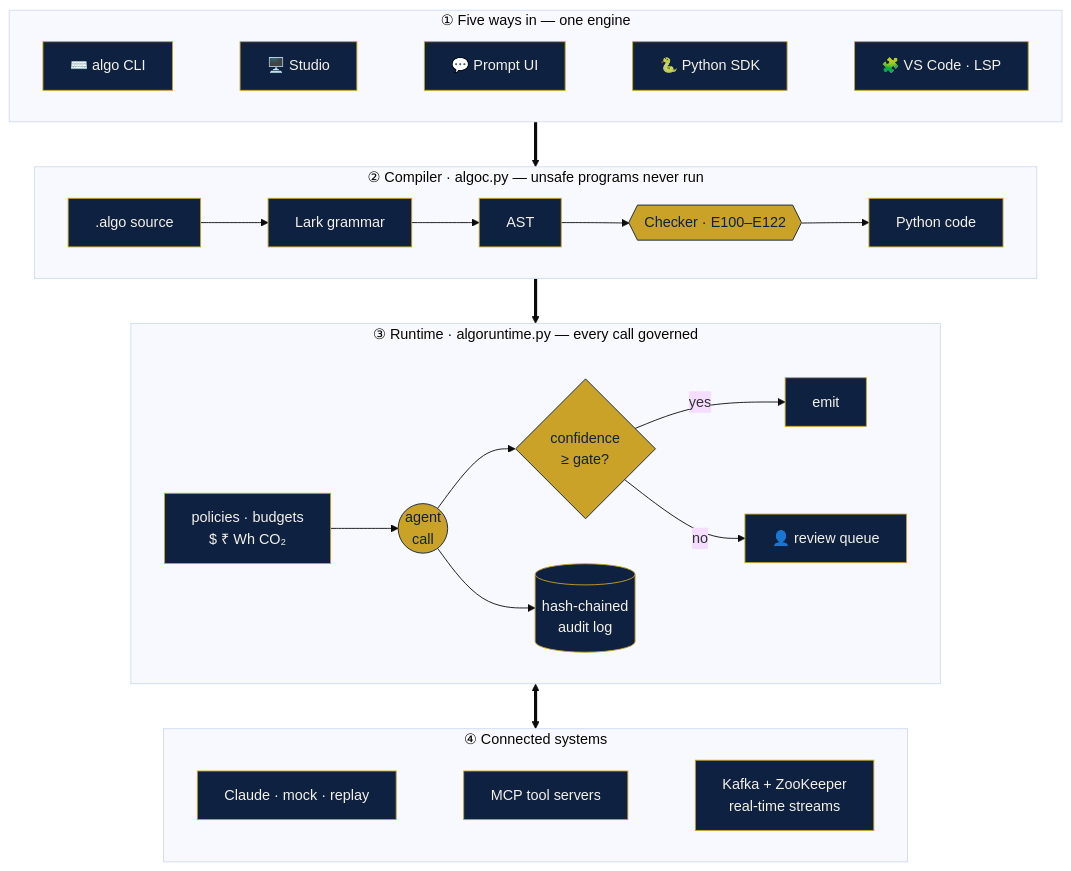
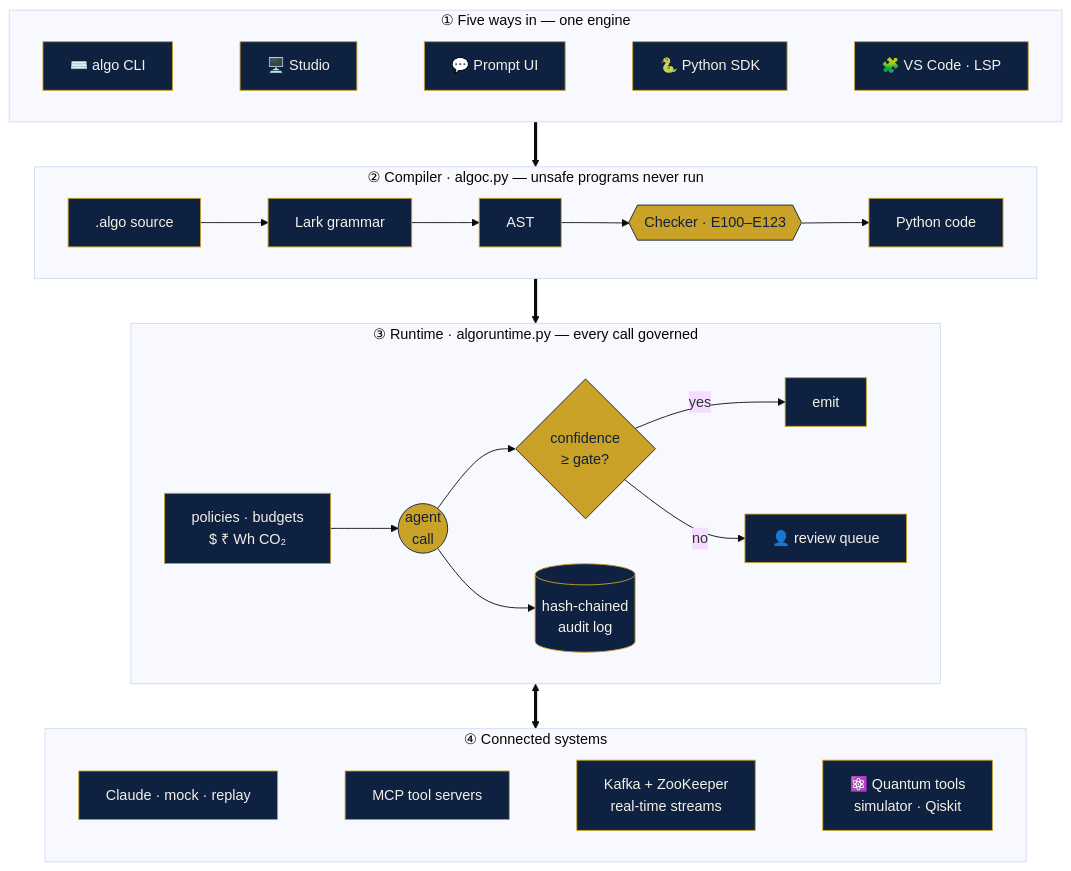
The first of 3 diagrams in README.md (drssnaiml1-cell/algolang), drawn with Mermaid (base theme) before and after one commit. The commit also changed other lines of this file and 37 other files, not shown here.

First line of the commit message:
AlgoLang v0.3.2: quantum tools preview and the Quantum Optimization Lab

````diff
--- a/README.md
+++ b/README.md
@@ -30,28 +30,28 @@
 ```mermaid
 flowchart TB
     subgraph DOORS["① Five ways in — one engine"]
         direction LR
         CLI["⌨️ algo CLI"] ~~~ STU["🖥️ Studio"] ~~~ PUI["💬 Prompt UI"] ~~~ SDK["🐍 Python SDK"] ~~~ LSP["🧩 VS Code · LSP"]
     end
     subgraph COMPILER["② Compiler · algoc.py — unsafe programs never run"]
         direction LR
-        SRC[".algo source"] --> PARSE["Lark grammar"] --> AST["AST"] --> CHK{{"Checker · E100–E122"}} --> GEN["Python code"]
+        SRC[".algo source"] --> PARSE["Lark grammar"] --> AST["AST"] --> CHK{{"Checker · E100–E123"}} --> GEN["Python code"]
     end
     subgraph RUNTIME["③ Runtime · algoruntime.py — every call governed"]
         direction LR
         POL["policies · budgets<br/>$ ₹ Wh CO₂"] --> CALL(("agent<br/>call")) --> GATE{"confidence<br/>≥ gate?"}
         GATE -- yes --> OUT["emit"]
         GATE -- no --> HUM["👤 review queue"]
         CALL --> AUD[("hash-chained<br/>audit log")]
     end
     subgraph WORLD["④ Connected systems"]
         direction LR
-        LLM["Claude · mock · replay"] ~~~ MCP["MCP tool servers"] ~~~ KAF["Kafka + ZooKeeper<br/>real-time streams"]
+        LLM["Claude · mock · replay"] ~~~ MCP["MCP tool servers"] ~~~ KAF["Kafka + ZooKeeper<br/>real-time streams"] ~~~ QPU["⚛️ Quantum tools<br/>simulator · Qiskit"]
     end
     DOORS ==> COMPILER ==> RUNTIME <==> WORLD
 
     classDef navy fill:#0e2140,stroke:#c9a227,color:#f4f1e8;
     classDef gold fill:#c9a227,stroke:#0e2140,color:#0e2140;
-    class CLI,STU,PUI,SDK,LSP,SRC,PARSE,AST,GEN,POL,OUT,LLM,MCP,KAF,HUM,AUD navy;
+    class CLI,STU,PUI,SDK,LSP,SRC,PARSE,AST,GEN,POL,OUT,LLM,MCP,KAF,QPU,HUM,AUD navy;
     class CHK,CALL,GATE gold;
 ```
````
